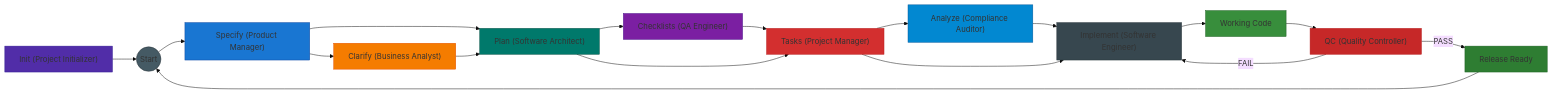
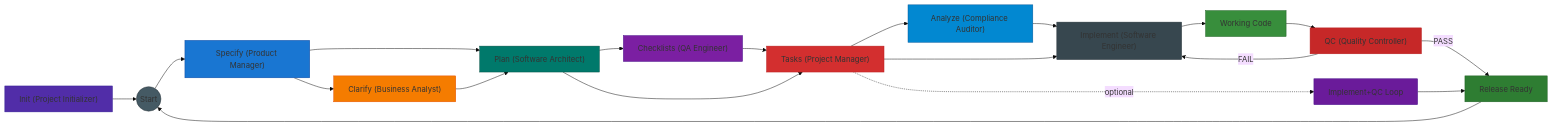
The diagram in README.md (attilaszasz/sdd-pilot), drawn with Mermaid (base theme) before and after one commit. The commit also changed other lines of this file and 6 other files, not shown here.

````diff
--- a/README.md
+++ b/README.md
@@ -13,33 +13,36 @@
 ```mermaid
 flowchart LR
    Init["Init (Project Initializer)"] --> Start((Start))
    Start((Start)) --> S["Specify (Product Manager)"]
    S --> P["Plan (Software Architect)"]
    S --> C["Clarify (Business Analyst)"]
    C --> P
    P --> CH["Checklists (QA Engineer)"]
    CH --> T["Tasks (Project Manager)"]
    P --> T
    T --> A["Analyze (Compliance Auditor)"]
    A --> I["Implement (Software Engineer)"]
    T --> I
    I --> Code["Working Code"]
    Code --> QC["QC (Quality Controller)"]
    QC -->|FAIL| I
    QC -->|PASS| Release["Release Ready"]
+   T -.->|optional| Loop["Implement+QC Loop"]
+   Loop --> Release
    Release --> Start
 
    %% Material Design Palette (Weight 700/800 for contrast)
    style Init fill:#512DA8,stroke:#311B92,color:#fff  %% Deep Purple
    style Start fill:#455A64,stroke:#263238,color:#fff %% Blue Grey
    style S fill:#1976D2,stroke:#0D47A1,color:#fff     %% Blue
    style C fill:#F57C00,stroke:#E65100,color:#fff     %% Orange
    style P fill:#00796B,stroke:#004D40,color:#fff     %% Teal
    style CH fill:#7B1FA2,stroke:#4A148C,color:#fff    %% Purple
    style T fill:#D32F2F,stroke:#B71C1C,color:#fff     %% Red
    style A fill:#0288D1,stroke:#01579B,color:#fff     %% Light Blue
    style I fill:#37474F,stroke:#263238,color:#fff     %% Dark Blue Grey
    style Code fill:#388E3C,stroke:#1B5E20,color:#fff  %% Green
    style QC fill:#C62828,stroke:#B71C1C,color:#fff    %% Deep Red
    style Release fill:#2E7D32,stroke:#1B5E20,color:#fff %% Dark Green
+   style Loop fill:#6A1B9A,stroke:#4A148C,color:#fff  %% Purple
 ```
````
